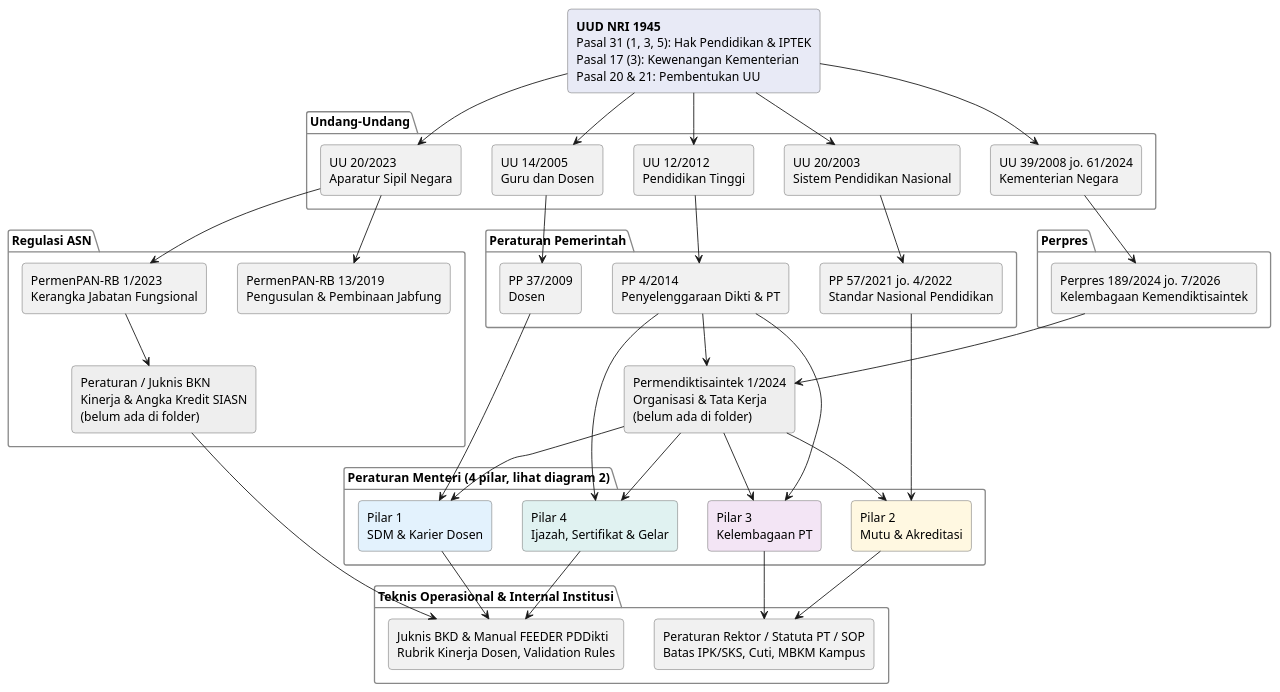
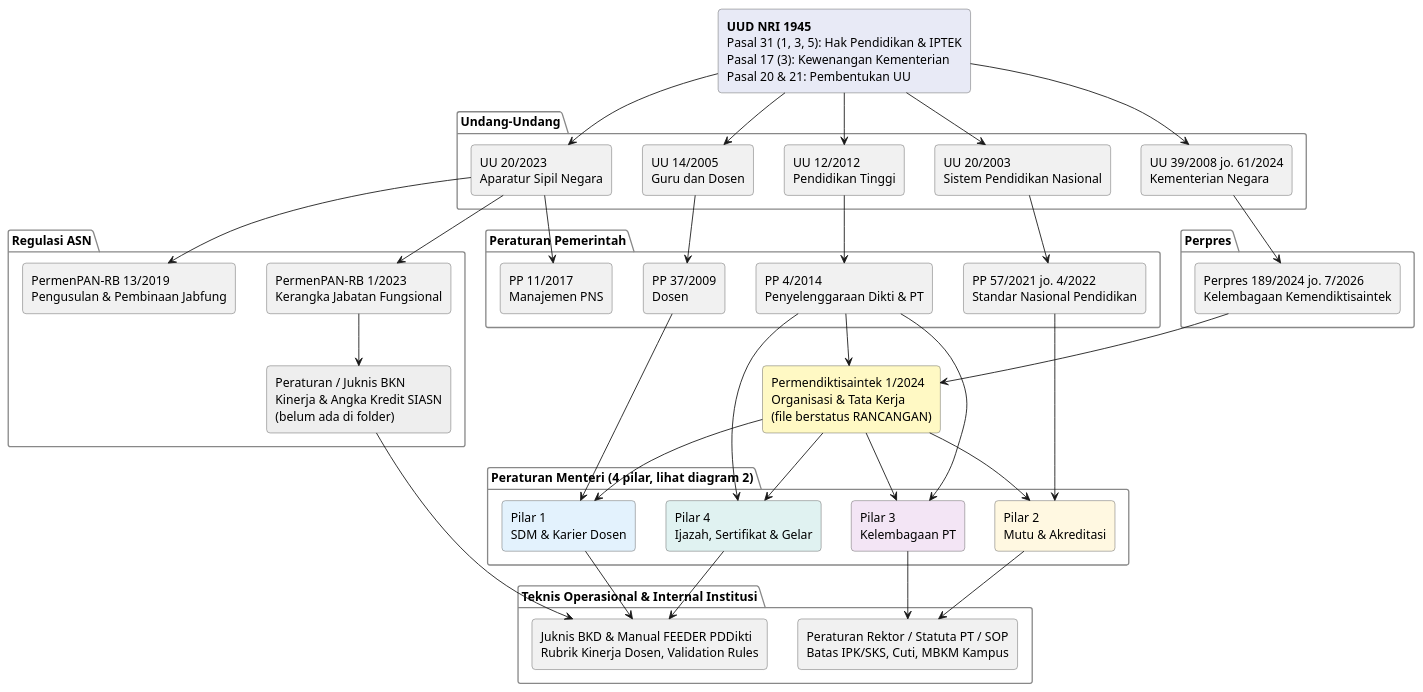
One commit to bendo01/xsia_xarx changed the first of 3 diagrams in desertation/knowledge_base.md. Above: the diagram before and after it, drawn with PlantUML. The commit also changed other lines of this file and 10 other files, not shown here.

```diff
--- a/desertation/knowledge_base.md
+++ b/desertation/knowledge_base.md
@@ -40,6 +40,7 @@
   rectangle "PP 57/2021 jo. 4/2022\nStandar Nasional Pendidikan" as PP2021
   rectangle "PP 37/2009\nDosen" as PP2009
   rectangle "PP 4/2014\nPenyelenggaraan Dikti & PT" as PP2014
+  rectangle "PP 11/2017\nManajemen PNS" as PP2017
 }
 
 package "Perpres" {
@@ -52,7 +53,7 @@
   rectangle "Peraturan / Juknis BKN\nKinerja & Angka Kredit SIASN\n(belum ada di folder)" as BKN #EEEEEE
 }
 
-rectangle "Permendiktisaintek 1/2024\nOrganisasi & Tata Kerja\n(belum ada di folder)" as ORG #EEEEEE
+rectangle "Permendiktisaintek 1/2024\nOrganisasi & Tata Kerja\n(file berstatus RANCANGAN)" as ORG #FFF9C4
 
 package "Peraturan Menteri (4 pilar, lihat diagram 2)" {
   rectangle "Pilar 1\nSDM & Karier Dosen" as PIL1 #E3F2FD
@@ -76,6 +77,7 @@
 UU2005 --> PP2009
 UU2012 --> PP2014
 UU2008 --> PERPRES
+UU2023 --> PP2017
 UU2023 --> PAN13
 UU2023 --> PAN1
 PAN1 --> BKN
```
